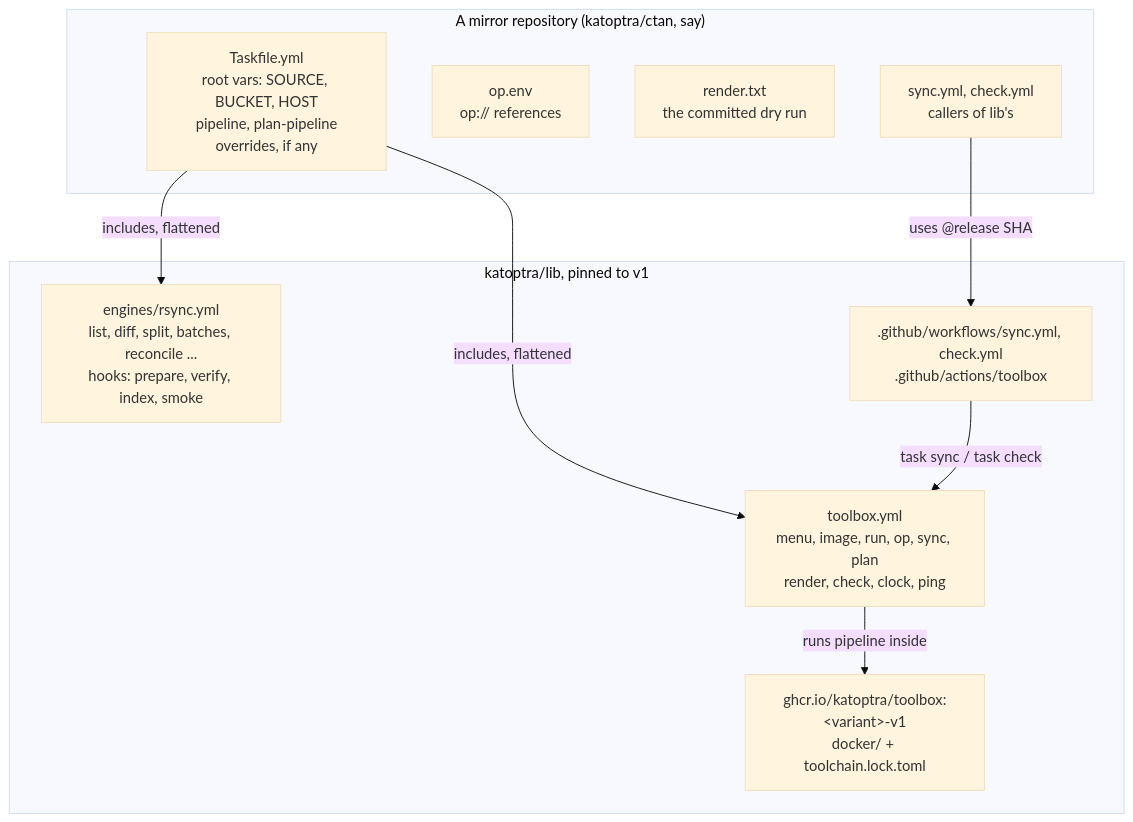
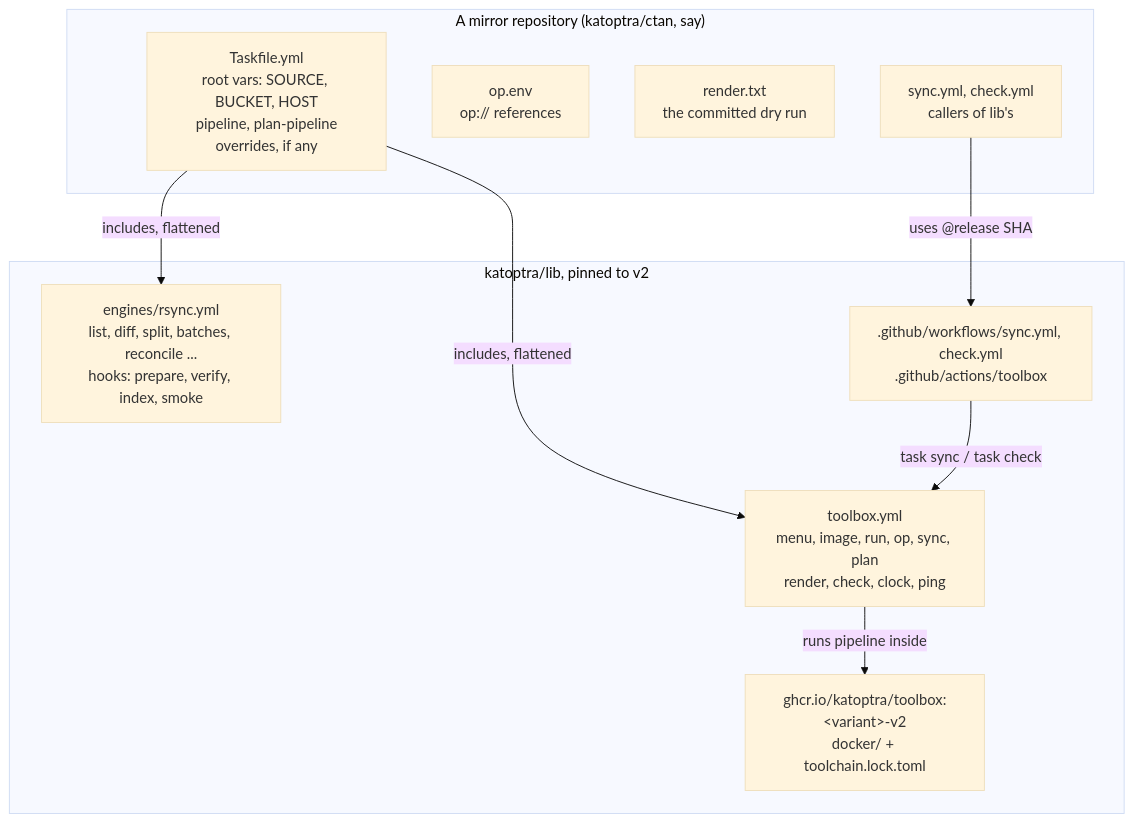
The first of 2 diagrams in README.md (katoptra/lib), drawn with Mermaid (base theme) before and after one commit. The commit also changed other lines of this file and 1 other file, not shown here.

````diff
--- a/README.md
+++ b/README.md
@@ -14,20 +14,20 @@
 ```mermaid
 flowchart TB
   subgraph mirror["A mirror repository (katoptra/ctan, say)"]
     tf["Taskfile.yml<br/>root vars: SOURCE, BUCKET, HOST<br/>pipeline, plan-pipeline<br/>overrides, if any"]
     opv["op.env<br/>op:// references"]
     rt["render.txt<br/>the committed dry run"]
     cw["sync.yml, check.yml<br/>callers of lib's"]
   end
-  subgraph lib["katoptra/lib, pinned to v1"]
+  subgraph lib["katoptra/lib, pinned to v2"]
     tb["toolbox.yml<br/>menu, image, run, op, sync, plan<br/>render, check, clock, ping"]
     en["engines/rsync.yml<br/>list, diff, split, batches, reconcile ...<br/>hooks: prepare, verify, index, smoke"]
-    im["ghcr.io/katoptra/toolbox:&lt;variant&gt;-v1<br/>docker/ + toolchain.lock.toml"]
+    im["ghcr.io/katoptra/toolbox:&lt;variant&gt;-v2<br/>docker/ + toolchain.lock.toml"]
     wf[".github/workflows/sync.yml, check.yml<br/>.github/actions/toolbox"]
   end
   tf -- "includes, flattened" --> tb
   tf -- "includes, flattened" --> en
   tb -- "runs pipeline inside" --> im
   cw -- "uses @release SHA" --> wf
   wf -- "task sync / task check" --> tb
 ```
````
